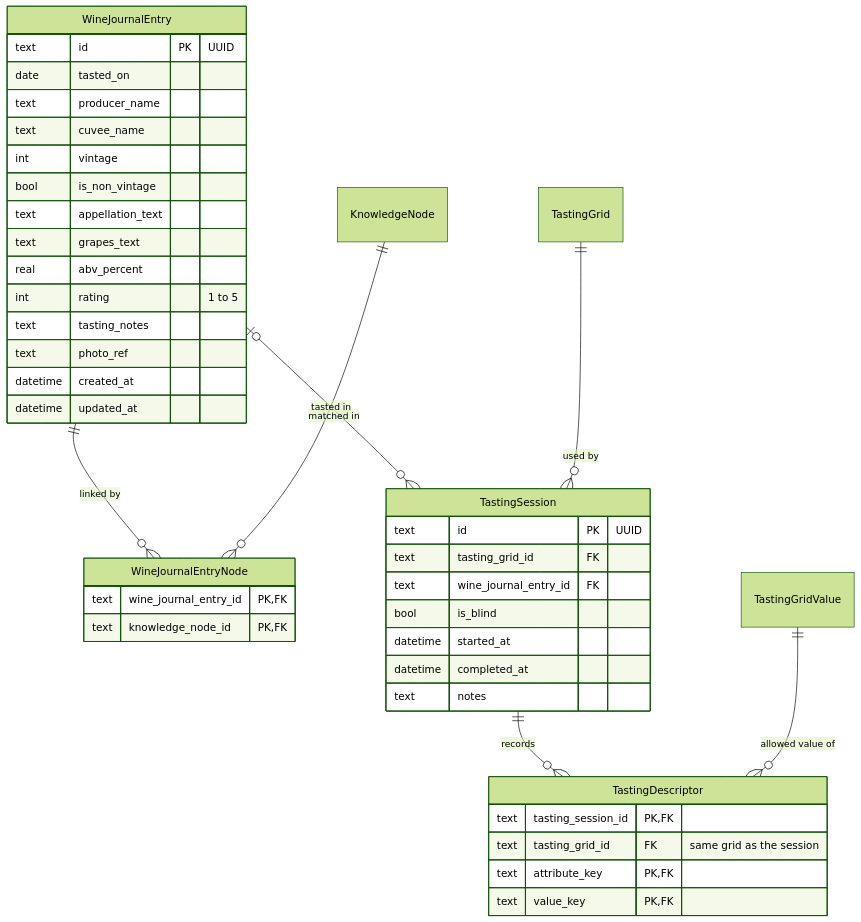
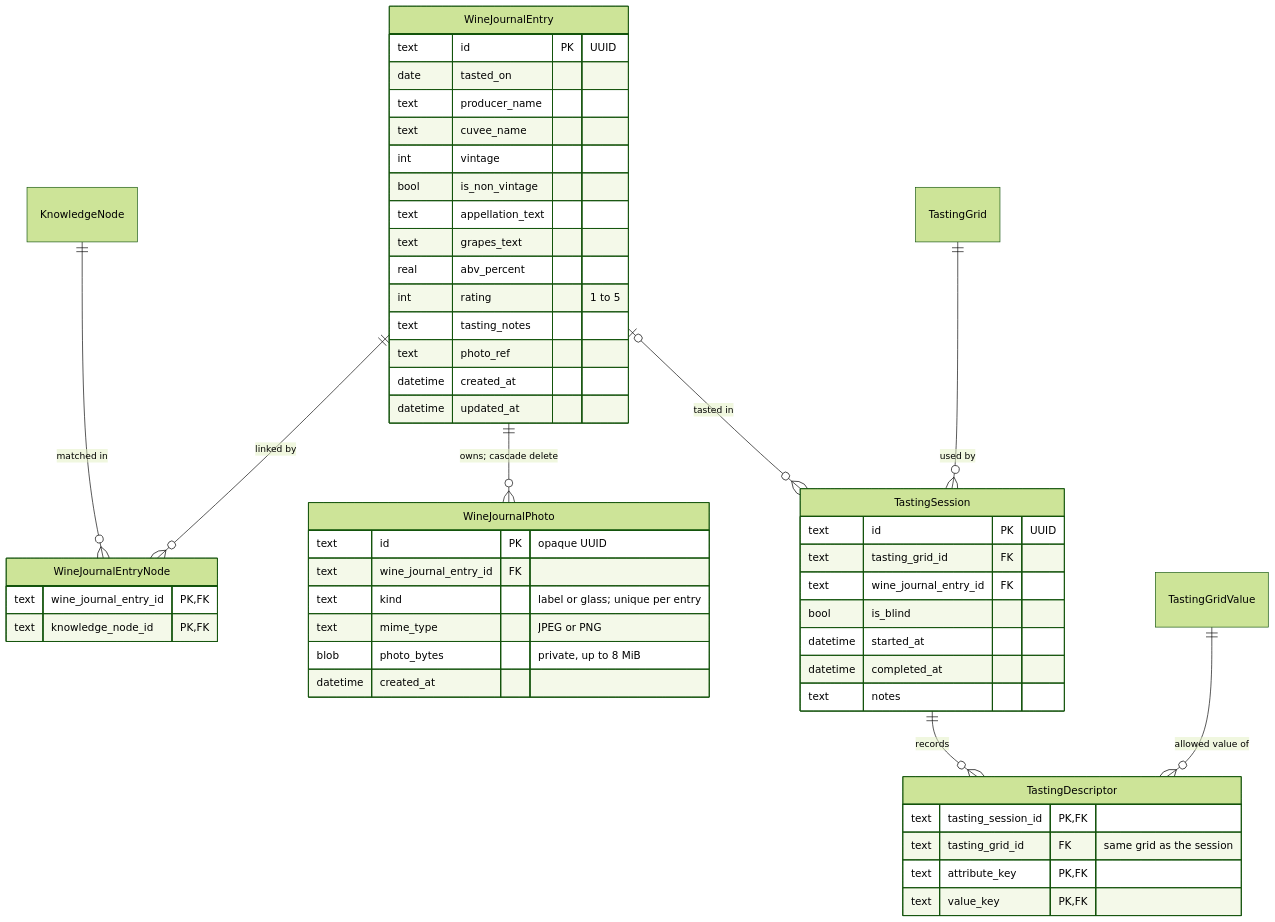
Before and after one commit to Xaiando/Mobile: the seventh of 8 diagrams in docs/domain-model.md, drawn with Mermaid (forest theme). The commit also changed other lines of this file and 61 other files, not shown here.

Commit message:
Add wine history, sommelier courses, and private cellar scanner

````diff
--- a/docs/domain-model.md
+++ b/docs/domain-model.md
@@ -429,44 +429,53 @@
 ```mermaid
 erDiagram
     WineJournalEntry {
         text id PK "UUID"
         date tasted_on
         text producer_name
         text cuvee_name
         int vintage
         bool is_non_vintage
         text appellation_text
         text grapes_text
         real abv_percent
         int rating "1 to 5"
         text tasting_notes
         text photo_ref
         datetime created_at
         datetime updated_at
     }
     WineJournalEntryNode {
         text wine_journal_entry_id PK,FK
         text knowledge_node_id PK,FK
     }
+    WineJournalPhoto {
+        text id PK "opaque UUID"
+        text wine_journal_entry_id FK
+        text kind "label or glass; unique per entry"
+        text mime_type "JPEG or PNG"
+        blob photo_bytes "private, up to 8 MiB"
+        datetime created_at
+    }
     TastingSession {
         text id PK "UUID"
         text tasting_grid_id FK
         text wine_journal_entry_id FK
         bool is_blind
         datetime started_at
         datetime completed_at
         text notes
     }
     TastingDescriptor {
         text tasting_session_id PK,FK
         text tasting_grid_id FK "same grid as the session"
         text attribute_key PK,FK
         text value_key PK,FK
     }
     WineJournalEntry ||--o{ WineJournalEntryNode : "linked by"
+    WineJournalEntry ||--o{ WineJournalPhoto : "owns; cascade delete"
     KnowledgeNode ||--o{ WineJournalEntryNode : "matched in"
     WineJournalEntry |o--o{ TastingSession : "tasted in"
     TastingGrid ||--o{ TastingSession : "used by"
     TastingSession ||--o{ TastingDescriptor : "records"
     TastingGridValue ||--o{ TastingDescriptor : "allowed value of"
 ```
````
